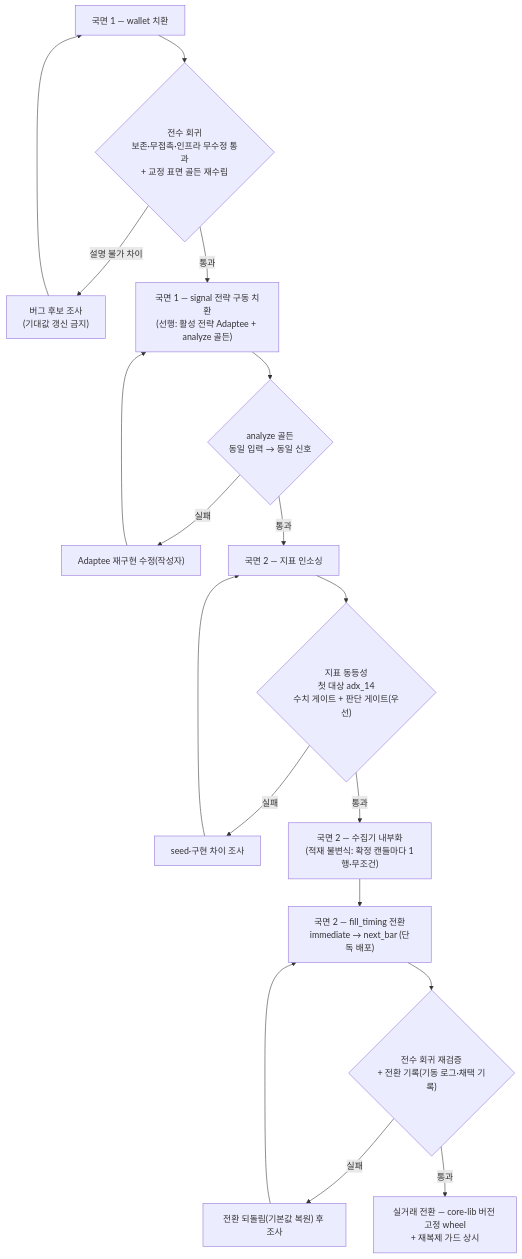
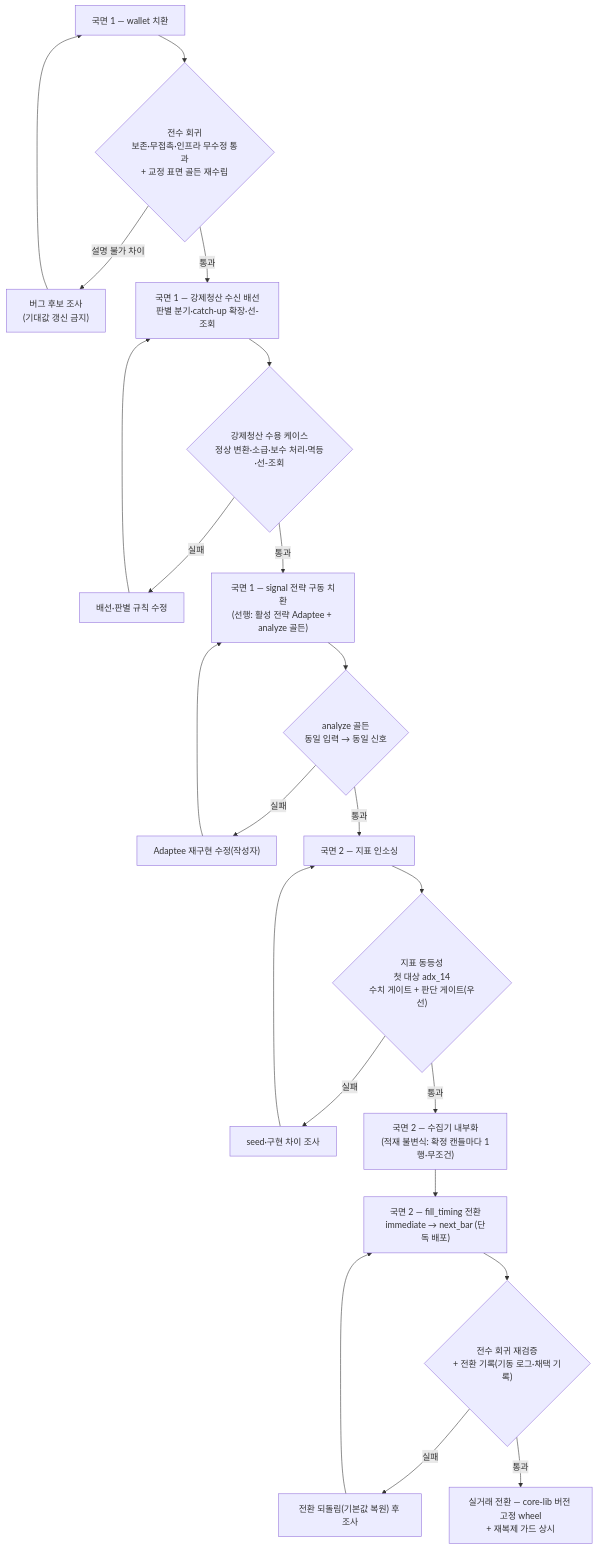
Before and after one commit to vessel35/trading-system-v2: diagram 28 of 28 in docs/fullspec/backtest_v2_detailed_design.md, drawn with Mermaid. The commit also changed other lines of this file, not shown here.

First line of the commit message:
docs(b-adoption): 감사 2·cto 리뷰 8 반영 — 회계 대사 기준 차이 0·대사 기록 실체·강제청산 수용 케이스 게이트(정본 df041b4 미러)

````diff
--- a/docs/fullspec/backtest_v2_detailed_design.md
+++ b/docs/fullspec/backtest_v2_detailed_design.md
@@ -3719,20 +3773,24 @@
 ```mermaid
 flowchart TD
     A["국면 1 — wallet 치환"] --> G1{"전수 회귀<br/>보존·무접촉·인프라 무수정 통과<br/>+ 교정 표면 골든 재수립"}
     G1 -->|"설명 불가 차이"| F1["버그 후보 조사<br/>(기대값 갱신 금지)"]
     F1 --> A
-    G1 -->|통과| B["국면 1 — signal 전략 구동 치환<br/>(선행: 활성 전략 Adaptee + analyze 골든)"]
+    G1 -->|통과| A2["국면 1 — 강제청산 수신 배선<br/>판별 분기·catch-up 확장·선-조회"]
+    A2 --> G1b{"강제청산 수용 케이스<br/>정상 변환·소급·보수 처리·멱등·선-조회"}
+    G1b -->|실패| F1b["배선·판별 규칙 수정"]
+    F1b --> A2
+    G1b -->|통과| B["국면 1 — signal 전략 구동 치환<br/>(선행: 활성 전략 Adaptee + analyze 골든)"]
     B --> G2{"analyze 골든<br/>동일 입력 → 동일 신호"}
     G2 -->|실패| F2["Adaptee 재구현 수정(작성자)"]
     F2 --> B
     G2 -->|통과| C["국면 2 — 지표 인소싱"]
     C --> G3{"지표 동등성<br/>첫 대상 adx_14<br/>수치 게이트 + 판단 게이트(우선)"}
     G3 -->|실패| F3["seed·구현 차이 조사"]
     F3 --> C
     G3 -->|통과| D["국면 2 — 수집기 내부화<br/>(적재 불변식: 확정 캔들마다 1행·무조건)"]
     D --> E["국면 2 — fill_timing 전환<br/>immediate → next_bar (단독 배포)"]
     E --> G4{"전수 회귀 재검증<br/>+ 전환 기록(기동 로그·채택 기록)"}
     G4 -->|실패| F4["전환 되돌림(기본값 복원) 후 조사"]
     F4 --> E
     G4 -->|통과| Z["실거래 전환 — core-lib 버전 고정 wheel<br/>+ 재복제 가드 상시"]
 ```
````
